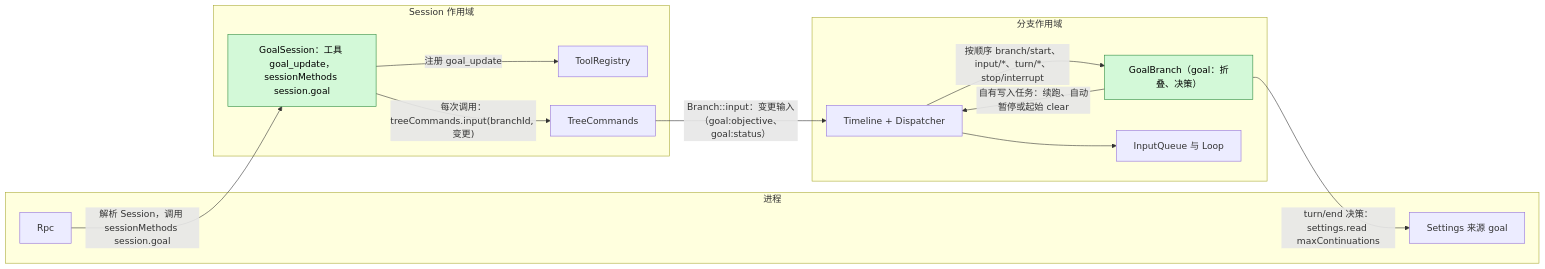
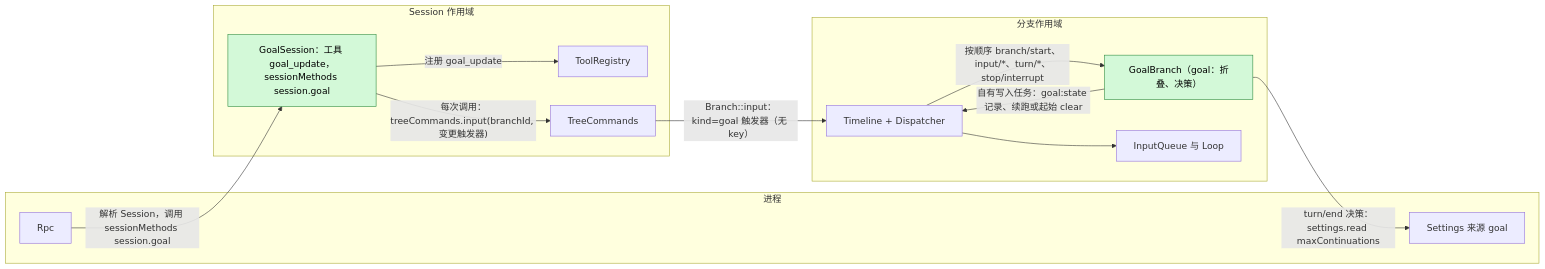
One commit to CoutinhoTTS/dim-agent changed the first of 7 diagrams in docs/zh/design/plugins/Goal.md. Above: the diagram before and after it, drawn with Mermaid. The commit also changed other lines of this file and 23 other files, not shown here.

````diff
--- a/docs/zh/design/plugins/Goal.md
+++ b/docs/zh/design/plugins/Goal.md
@@ -11,26 +11,26 @@
 ```mermaid
 flowchart LR
   subgraph PROC["进程"]
     Rpc["Rpc"]
     Settings["Settings 来源 goal"]
   end
   subgraph SESS["Session 作用域"]
     GS["GoalSession：工具 goal_update，sessionMethods session.goal"]:::new
     TR["ToolRegistry"]
     TC["TreeCommands"]
   end
   subgraph BR["分支作用域"]
     GB["GoalBranch（goal：折叠、决策）"]:::new
     TL["Timeline + Dispatcher"]
     IQ["InputQueue 与 Loop"]
   end
   GS -- "注册 goal_update" --> TR
   Rpc -- "解析 Session，调用 sessionMethods session.goal" --> GS
-  GS -- "每次调用：treeCommands.input(branchId, 变更)" --> TC
-  TC -- "Branch::input：变更输入（goal:objective、goal:status）" --> TL
+  GS -- "每次调用：treeCommands.input(branchId, 变更触发器)" --> TC
+  TC -- "Branch::input：kind=goal 触发器（无 key）" --> TL
   TL -- "按顺序 branch/start、input/*、turn/*、stop/interrupt" --> GB
-  GB -- "自有写入任务：续跑、自动暂停或起始 clear" --> TL
+  GB -- "自有写入任务：goal:state 记录、续跑或起始 clear" --> TL
   GB -- "turn/end 决策：settings.read maxContinuations" --> Settings
   TL --> IQ
   classDef new fill:#d3f9d8,stroke:#2b8a3e,color:#000
 ```
````
